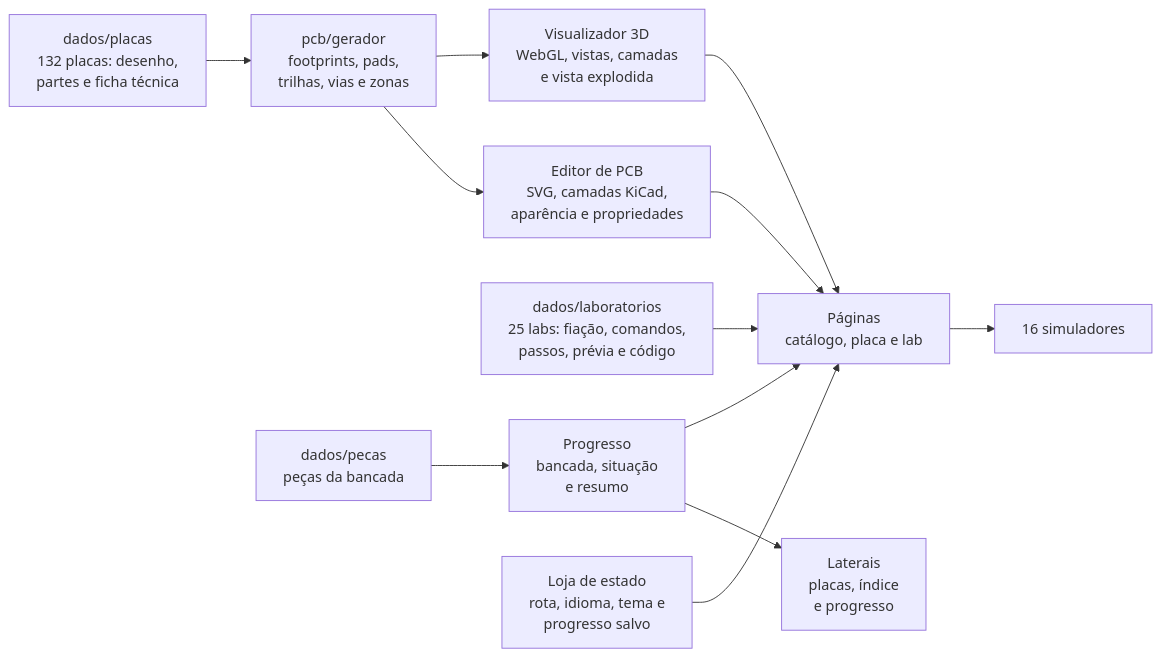
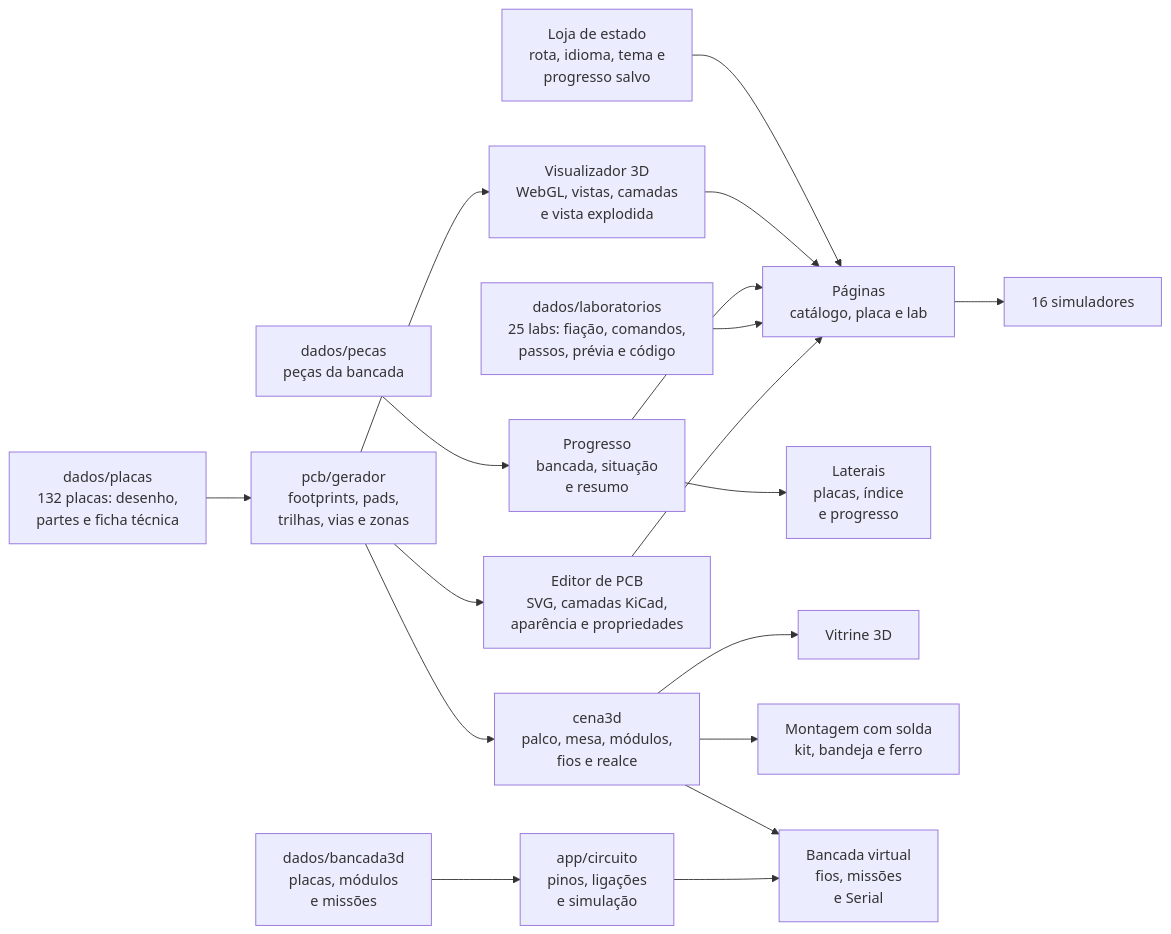
Before and after one commit to ravelroot/Circuit-Board-Bench-Lab: the diagram in README.md, drawn with Mermaid. The commit also changed other lines of this file and 49 other files, not shown here.

````diff
--- a/README.md
+++ b/README.md
@@ -105,14 +128,20 @@
 ```mermaid
 flowchart LR
     PLACAS["dados/placas<br/>132 placas: desenho,<br/>partes e ficha técnica"] --> PCB["pcb/gerador<br/>footprints, pads,<br/>trilhas, vias e zonas"]
     PCB --> VISOR["Visualizador 3D<br/>WebGL, vistas, camadas<br/>e vista explodida"]
     PCB --> EDITOR["Editor de PCB<br/>SVG, camadas KiCad,<br/>aparência e propriedades"]
     EDITOR --> PAGINAS
     LABS["dados/laboratorios<br/>25 labs: fiação, comandos,<br/>passos, prévia e código"] --> PAGINAS["Páginas<br/>catálogo, placa e lab"]
     PECAS["dados/pecas<br/>peças da bancada"] --> PROG["Progresso<br/>bancada, situação<br/>e resumo"]
     PROG --> PAGINAS
     PROG --> LAT["Laterais<br/>placas, índice<br/>e progresso"]
     VISOR --> PAGINAS
     LOJA["Loja de estado<br/>rota, idioma, tema e<br/>progresso salvo"] --> PAGINAS
     PAGINAS --> SIM["16 simuladores"]
+    PCB --> PALCO["cena3d<br/>palco, mesa, módulos,<br/>fios e realce"]
+    PALCO --> VITRINE["Vitrine 3D"]
+    PALCO --> MONTAGEM["Montagem com solda<br/>kit, bandeja e ferro"]
+    BANCADA["dados/bancada3d<br/>placas, módulos<br/>e missões"] --> CIRCUITO["app/circuito<br/>pinos, ligações<br/>e simulação"]
+    CIRCUITO --> MESA["Bancada virtual<br/>fios, missões<br/>e Serial"]
+    PALCO --> MESA
 ```
````
